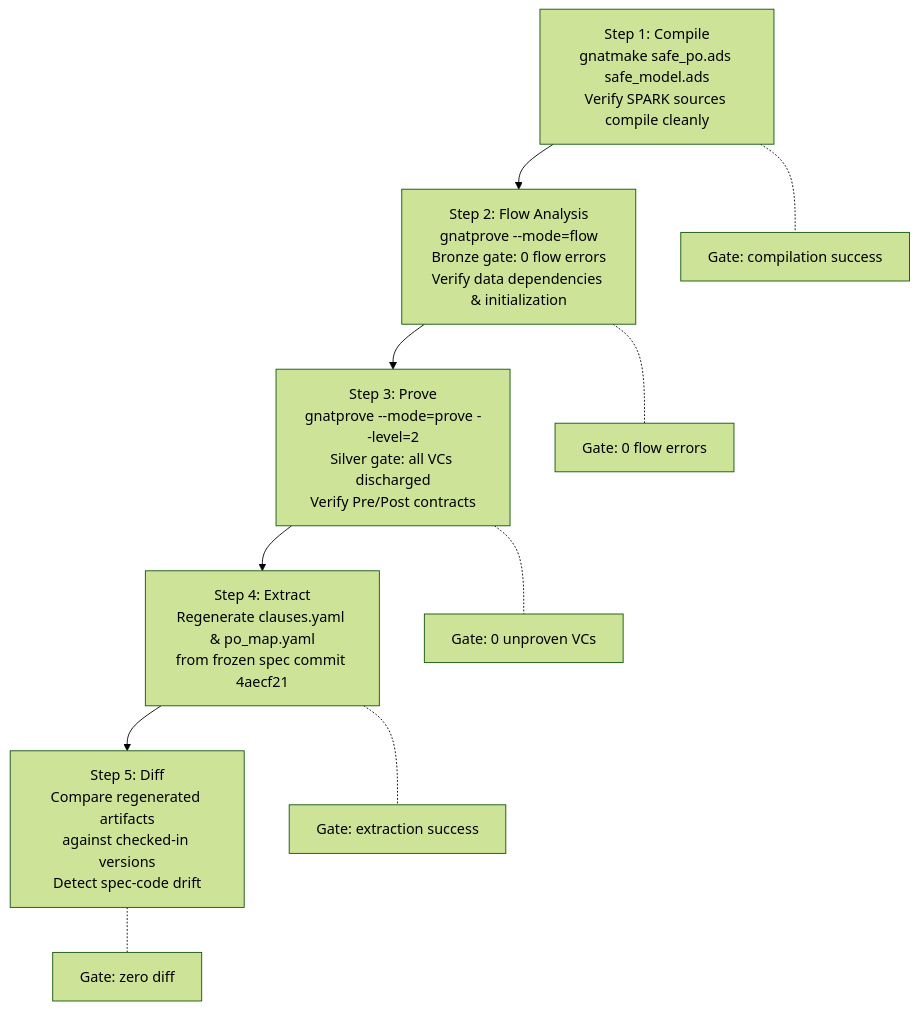
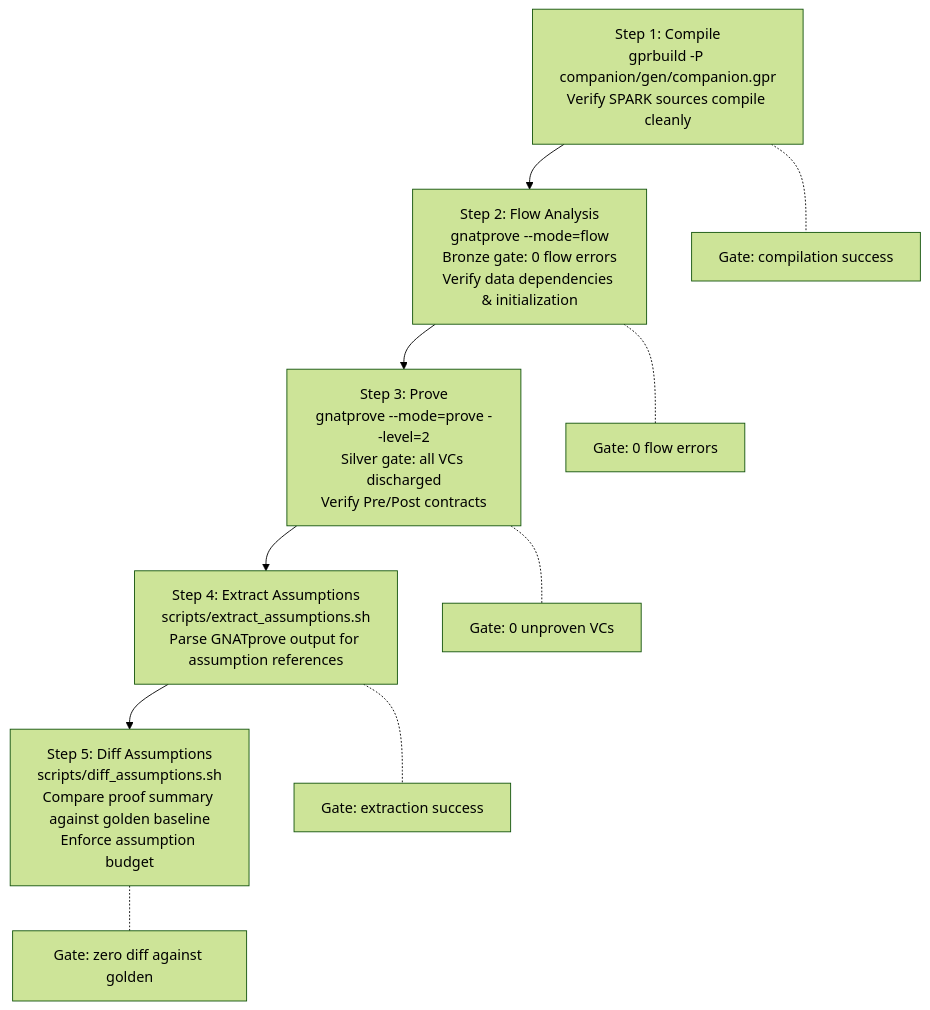
One commit to agentc1/safe changed the second of 2 diagrams in docs/traceability_matrix.md. Above: the diagram before and after it, drawn with Mermaid (forest theme). The commit also changed other lines of this file and 8 other files, not shown here.

````diff
--- a/docs/traceability_matrix.md
+++ b/docs/traceability_matrix.md
@@ -636,14 +636,14 @@
 ```mermaid
 flowchart TD
-    S1["Step 1: Compile<br/>gnatmake safe_po.ads safe_model.ads<br/>Verify SPARK sources compile cleanly"]
+    S1["Step 1: Compile<br/>gprbuild -P companion/gen/companion.gpr<br/>Verify SPARK sources compile cleanly"]
     S1 --> S2["Step 2: Flow Analysis<br/>gnatprove --mode=flow<br/>Bronze gate: 0 flow errors<br/>Verify data dependencies & initialization"]
     S2 --> S3["Step 3: Prove<br/>gnatprove --mode=prove --level=2<br/>Silver gate: all VCs discharged<br/>Verify Pre/Post contracts"]
-    S3 --> S4["Step 4: Extract<br/>Regenerate clauses.yaml & po_map.yaml<br/>from frozen spec commit 4aecf21"]
-    S4 --> S5["Step 5: Diff<br/>Compare regenerated artifacts<br/>against checked-in versions<br/>Detect spec-code drift"]
+    S3 --> S4["Step 4: Extract Assumptions<br/>scripts/extract_assumptions.sh<br/>Parse GNATprove output for assumption references"]
+    S4 --> S5["Step 5: Diff Assumptions<br/>scripts/diff_assumptions.sh<br/>Compare proof summary against golden baseline<br/>Enforce assumption budget"]
 
     S1 -.- N1["Gate: compilation success"]
     S2 -.- N2["Gate: 0 flow errors"]
     S3 -.- N3["Gate: 0 unproven VCs"]
     S4 -.- N4["Gate: extraction success"]
-    S5 -.- N5["Gate: zero diff"]
+    S5 -.- N5["Gate: zero diff against golden"]
 ```
````
